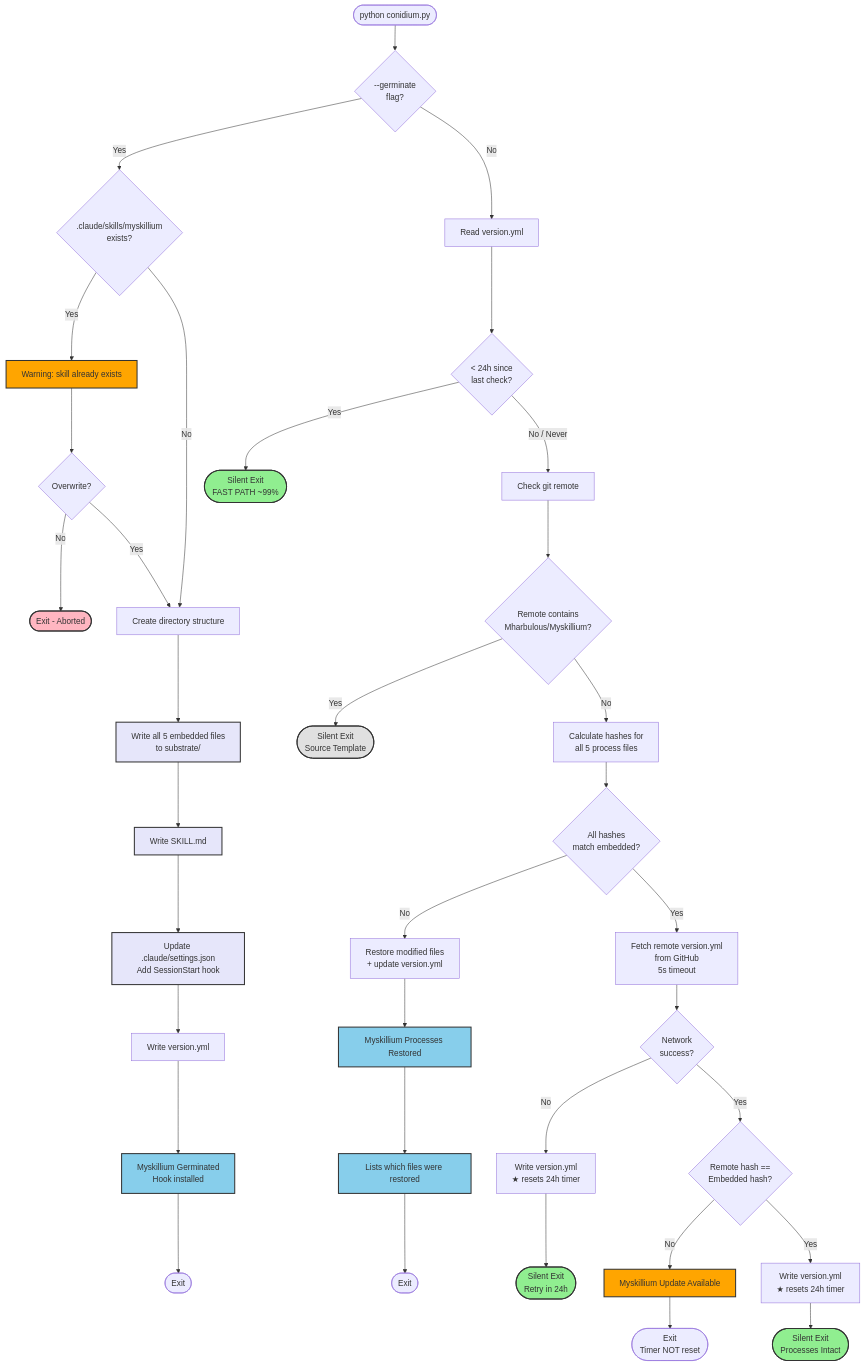
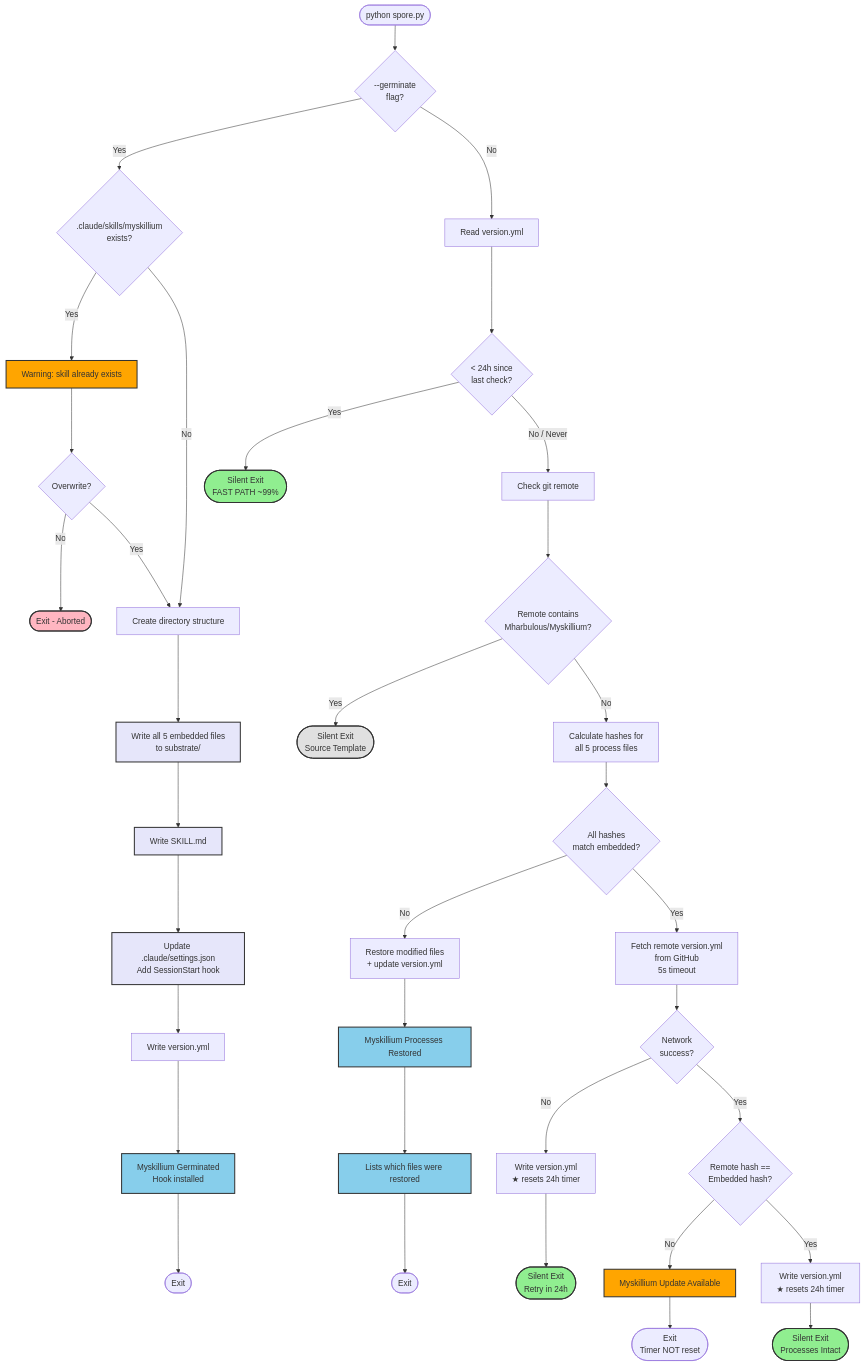
The diagram in .claude/skills/myskillium/substrate/homeostasis.md (Mharbulous/myskillium), drawn with Mermaid before and after one commit. The commit also changed other lines of this file and 4 other files, not shown here.

First line of the commit message:
refactor(myskillium): reorganize conidium script to conidiophore/spore.py

````diff
--- a/.claude/skills/myskillium/substrate/homeostasis.md
+++ b/.claude/skills/myskillium/substrate/homeostasis.md
@@ -57,66 +57,66 @@
 ```mermaid
 flowchart TD
-    START([python conidium.py]) --> CHECK_FLAG{--germinate<br/>flag?}
+    START([python spore.py]) --> CHECK_FLAG{--germinate<br/>flag?}
 
     %% === GERMINATION PATH ===
     CHECK_FLAG -->|Yes| CHECK_EXISTS{.claude/skills/myskillium<br/>exists?}
     CHECK_EXISTS -->|Yes| WARN_EXISTS["Warning: skill already exists"]
     WARN_EXISTS --> ASK_OVERWRITE{Overwrite?}
     ASK_OVERWRITE -->|No| EXIT_ABORT([Exit - Aborted])
     ASK_OVERWRITE -->|Yes| GERMINATE
     CHECK_EXISTS -->|No| GERMINATE[Create directory structure]
 
     GERMINATE --> WRITE_FILES[Write all 5 embedded files<br/>to substrate/]
     WRITE_FILES --> WRITE_SKILL[Write SKILL.md]
     WRITE_SKILL --> UPDATE_SETTINGS[Update .claude/settings.json<br/>Add SessionStart hook]
     UPDATE_SETTINGS --> WRITE_VERSION_G[Write version.yml]
     WRITE_VERSION_G --> MSG_GERMINATED["Myskillium Germinated<br/>Hook installed"]
     MSG_GERMINATED --> EXIT_GERMINATED([Exit])
 
     %% === HOMEOSTASIS PATH ===
     CHECK_FLAG -->|No| READ_VERSION[Read version.yml]
     READ_VERSION --> CHECK_24H{< 24h since<br/>last check?}
 
     CHECK_24H -->|Yes| EXIT_FAST([Silent Exit<br/>FAST PATH ~99%])
     CHECK_24H -->|No / Never| CHECK_SOURCE[Check git remote]
 
     CHECK_SOURCE --> IS_SOURCE{Remote contains<br/>Mharbulous/Myskillium?}
     IS_SOURCE -->|Yes| EXIT_SOURCE([Silent Exit<br/>Source Template])
     IS_SOURCE -->|No| CALC_HASHES[Calculate hashes for<br/>all 5 process files]
 
     CALC_HASHES --> COMPARE_PROCS{All hashes<br/>match embedded?}
 
     COMPARE_PROCS -->|No| RESTORE[Restore modified files<br/>+ update version.yml]
     RESTORE --> MSG_RESTORE["Myskillium Processes Restored"]
     MSG_RESTORE --> LIST_RESTORED["Lists which files were restored"]
     LIST_RESTORED --> EXIT_RESTORE([Exit])
 
     COMPARE_PROCS -->|Yes| FETCH_REMOTE[Fetch remote version.yml<br/>from GitHub<br/>5s timeout]
 
     FETCH_REMOTE --> NETWORK{Network<br/>success?}
     NETWORK -->|No| WRITE_VERSION_NET[Write version.yml<br/>★ resets 24h timer]
     WRITE_VERSION_NET --> EXIT_NET([Silent Exit<br/>Retry in 24h])
 
     NETWORK -->|Yes| REMOTE_MATCH{Remote hash ==<br/>Embedded hash?}
     REMOTE_MATCH -->|No| MSG_UPDATE["Myskillium Update Available"]
     MSG_UPDATE --> EXIT_UPDATE([Exit<br/>Timer NOT reset])
 
     REMOTE_MATCH -->|Yes| WRITE_VERSION[Write version.yml<br/>★ resets 24h timer]
     WRITE_VERSION --> EXIT_OK([Silent Exit<br/>Processes Intact])
 
     %% === SEMANTIC CLASS DEFINITIONS ===
     classDef successExit fill:#90EE90,stroke:#333,stroke-width:2px
     classDef infoMessage fill:#87CEEB,stroke:#333,stroke-width:2px
     classDef warningMessage fill:#FFA500,stroke:#333,stroke-width:2px
     classDef abortExit fill:#FFB6C1,stroke:#333,stroke-width:2px
     classDef germinateProcess fill:#E6E6FA,stroke:#333,stroke-width:2px
     classDef neutralExit fill:#E0E0E0,stroke:#333,stroke-width:2px
 
     %% === APPLY CLASSES ===
     class EXIT_FAST,EXIT_OK,EXIT_NET successExit
     class MSG_GERMINATED,MSG_RESTORE,LIST_RESTORED infoMessage
     class MSG_UPDATE,WARN_EXISTS warningMessage
     class EXIT_ABORT abortExit
     class WRITE_FILES,WRITE_SKILL,UPDATE_SETTINGS germinateProcess
     class EXIT_SOURCE neutralExit
 ```
````
